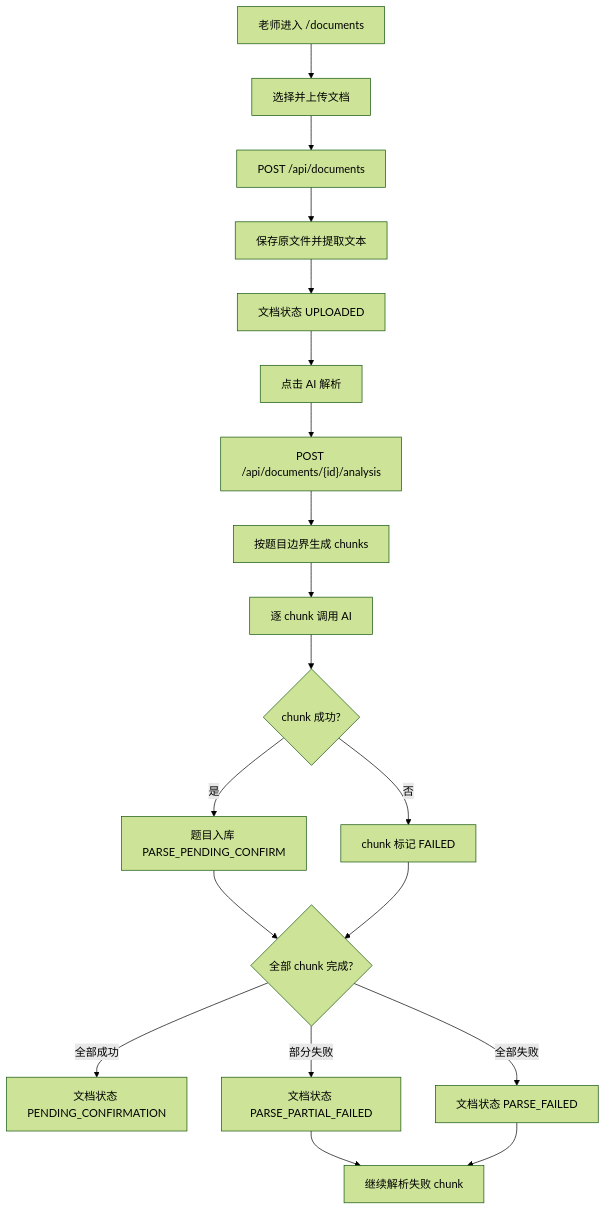
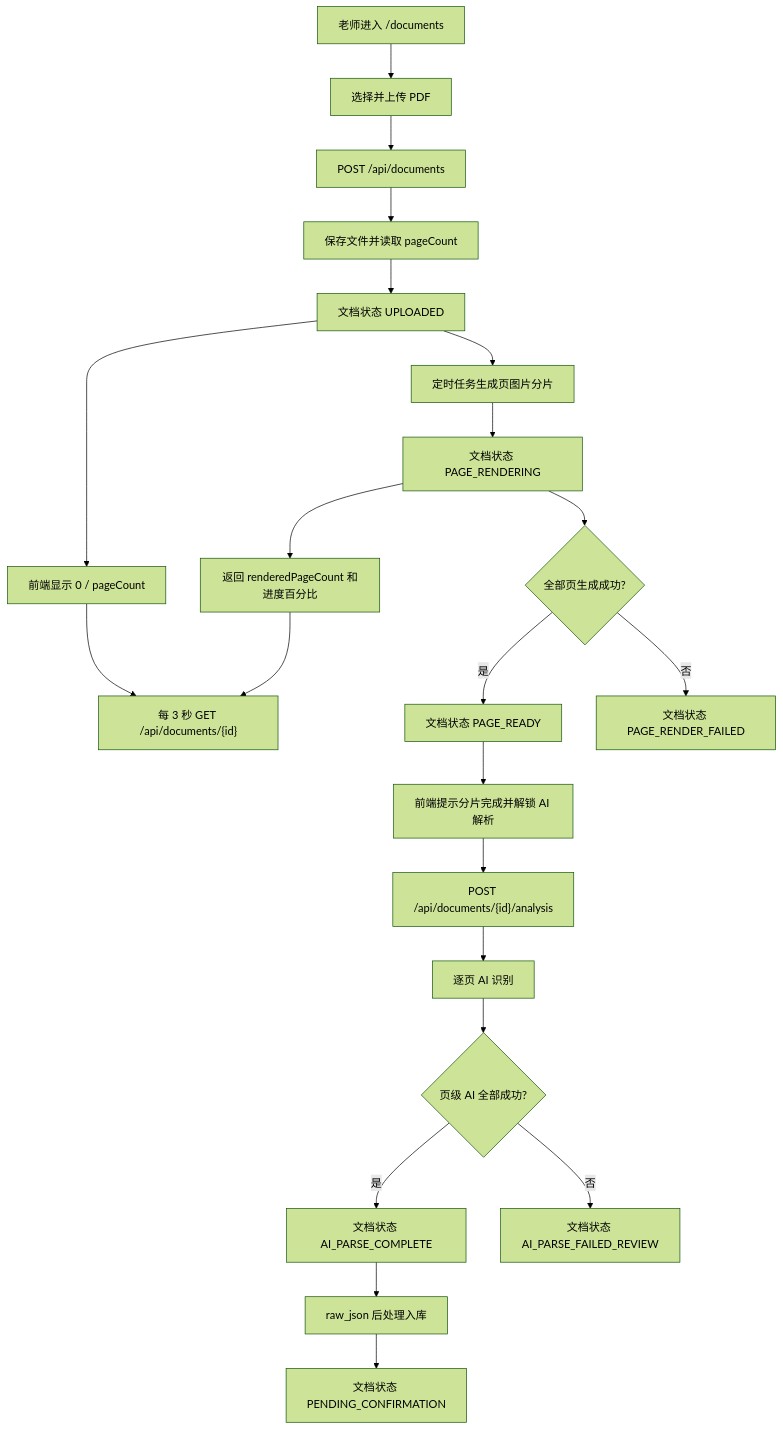
Before and after one commit to guokai2012/exam-ai: the diagram in docs/20260531222400_document-analysis-flow.md, drawn with Mermaid (forest theme). The commit also changed other lines of this file and 31 other files, not shown here.

````diff
--- a/docs/20260531222400_document-analysis-flow.md
+++ b/docs/20260531222400_document-analysis-flow.md
@@ -25,21 +28,24 @@
 ```mermaid
 flowchart TD
-    A["老师进入 /documents"] --> B["选择并上传文档"]
+    A["老师进入 /documents"] --> B["选择并上传 PDF"]
     B --> C["POST /api/documents"]
-    C --> D["保存原文件并提取文本"]
+    C --> D["保存文件并读取 pageCount"]
     D --> E["文档状态 UPLOADED"]
-    E --> F["点击 AI 解析"]
-    F --> G["POST /api/documents/{id}/analysis"]
-    G --> H["按题目边界生成 chunks"]
-    H --> I["逐 chunk 调用 AI"]
-    I --> J{"chunk 成功?"}
-    J -- "是" --> K["题目入库 PARSE_PENDING_CONFIRM"]
-    J -- "否" --> L["chunk 标记 FAILED"]
-    K --> M{"全部 chunk 完成?"}
-    L --> M
-    M -- "全部成功" --> N["文档状态 PENDING_CONFIRMATION"]
-    M -- "部分失败" --> O["文档状态 PARSE_PARTIAL_FAILED"]
-    M -- "全部失败" --> P["文档状态 PARSE_FAILED"]
-    O --> Q["继续解析失败 chunk"]
-    P --> Q
+    E --> F["前端显示 0 / pageCount"]
+    F --> G["每 3 秒 GET /api/documents/{id}"]
+    E --> H["定时任务生成页图片分片"]
+    H --> I["文档状态 PAGE_RENDERING"]
+    I --> J["返回 renderedPageCount 和进度百分比"]
+    J --> G
+    I --> K{"全部页生成成功?"}
+    K -- "是" --> L["文档状态 PAGE_READY"]
+    K -- "否" --> M["文档状态 PAGE_RENDER_FAILED"]
+    L --> N["前端提示分片完成并解锁 AI 解析"]
+    N --> O["POST /api/documents/{id}/analysis"]
+    O --> P["逐页 AI 识别"]
+    P --> Q{"页级 AI 全部成功?"}
+    Q -- "是" --> R["文档状态 AI_PARSE_COMPLETE"]
+    Q -- "否" --> S["文档状态 AI_PARSE_FAILED_REVIEW"]
+    R --> T["raw_json 后处理入库"]
+    T --> U["文档状态 PENDING_CONFIRMATION"]
 ```
````
